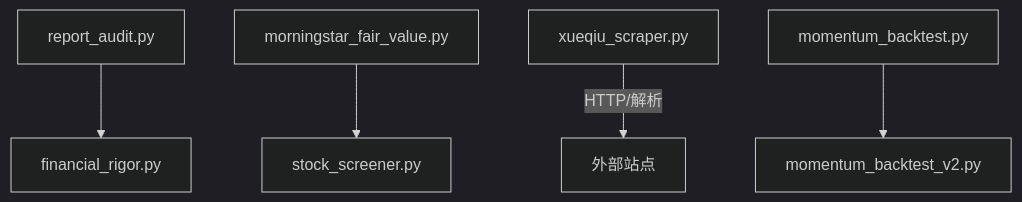
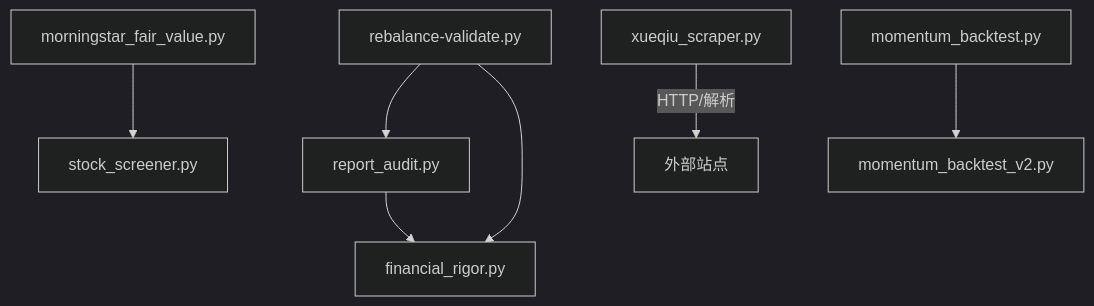
Diagram 11 of 11 in .qoder/repowiki/zh/content/开发者指南/测试与质量保证.md (Ted-Engineer/ai-berkshire), drawn with Mermaid (dark theme) before and after one commit. The commit also changed other lines of this file and 16 other files, not shown here.

````diff
--- a/.qoder/repowiki/zh/content/开发者指南/测试与质量保证.md
+++ b/.qoder/repowiki/zh/content/开发者指南/测试与质量保证.md
@@ -367,7 +468,9 @@
 ```mermaid
 graph TB
-RA["report_audit.py"] --> FR["financial_rigor.py"]
+RV["rebalance-validate.py"] --> RA["report_audit.py"]
+RV --> FR["financial_rigor.py"]
+RA --> FR
 MFV["morningstar_fair_value.py"] --> SS["stock_screener.py"]
 XS["xueqiu_scraper.py"] --> |"HTTP/解析"| Ext["外部站点"]
 MB["momentum_backtest.py"] --> MB2["momentum_backtest_v2.py"]
 ```
````
